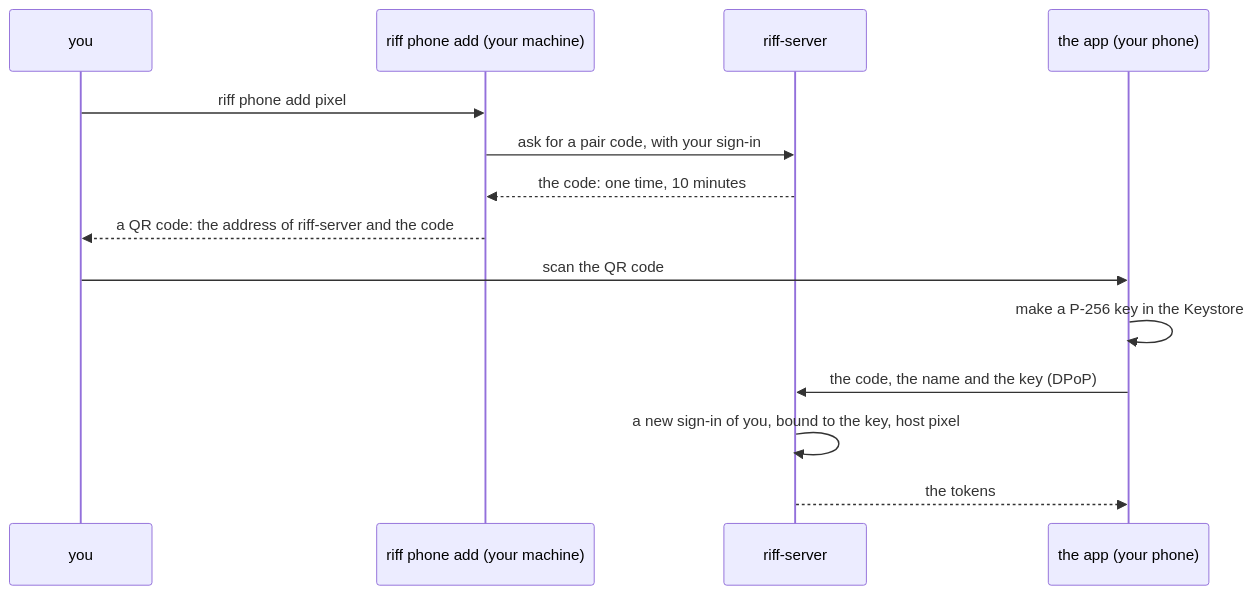
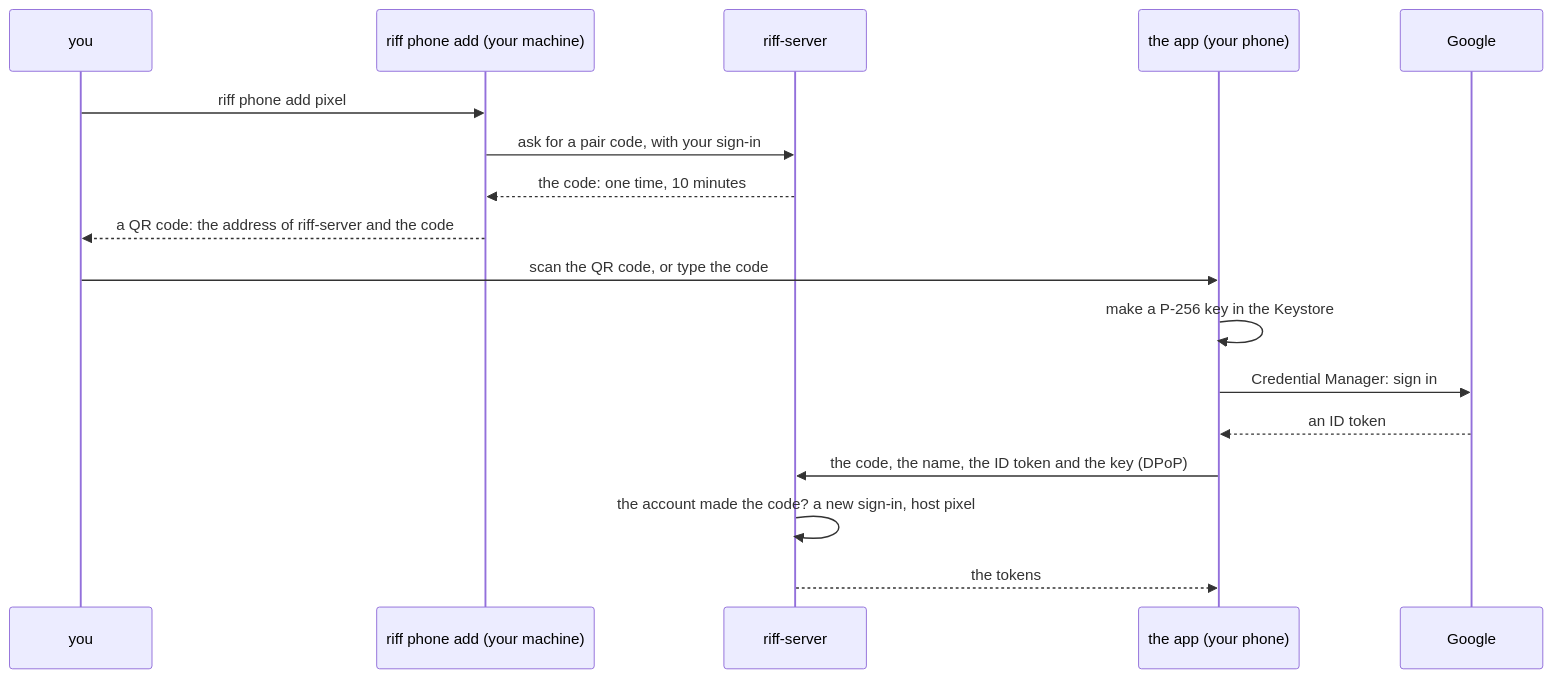
Before and after one commit to como-technologies/riff: the second of 3 diagrams in docs/src/riff-mobile.md, drawn with Mermaid. The commit also changed other lines of this file and 1 other file, not shown here.

````diff
--- a/docs/src/riff-mobile.md
+++ b/docs/src/riff-mobile.md
@@ -80,16 +88,19 @@
 ```mermaid
 sequenceDiagram
     participant P as you
     participant M as riff phone add (your machine)
     participant S as riff-server
     participant A as the app (your phone)
+    participant G as Google
     P->>M: riff phone add pixel
     M->>S: ask for a pair code, with your sign-in
     S-->>M: the code: one time, 10 minutes
     M-->>P: a QR code: the address of riff-server and the code
-    P->>A: scan the QR code
+    P->>A: scan the QR code, or type the code
     A->>A: make a P-256 key in the Keystore
-    A->>S: the code, the name and the key (DPoP)
-    S->>S: a new sign-in of you, bound to the key, host pixel
+    A->>G: Credential Manager: sign in
+    G-->>A: an ID token
+    A->>S: the code, the name, the ID token and the key (DPoP)
+    S->>S: the account made the code? a new sign-in, host pixel
     S-->>A: the tokens
 ```
````
